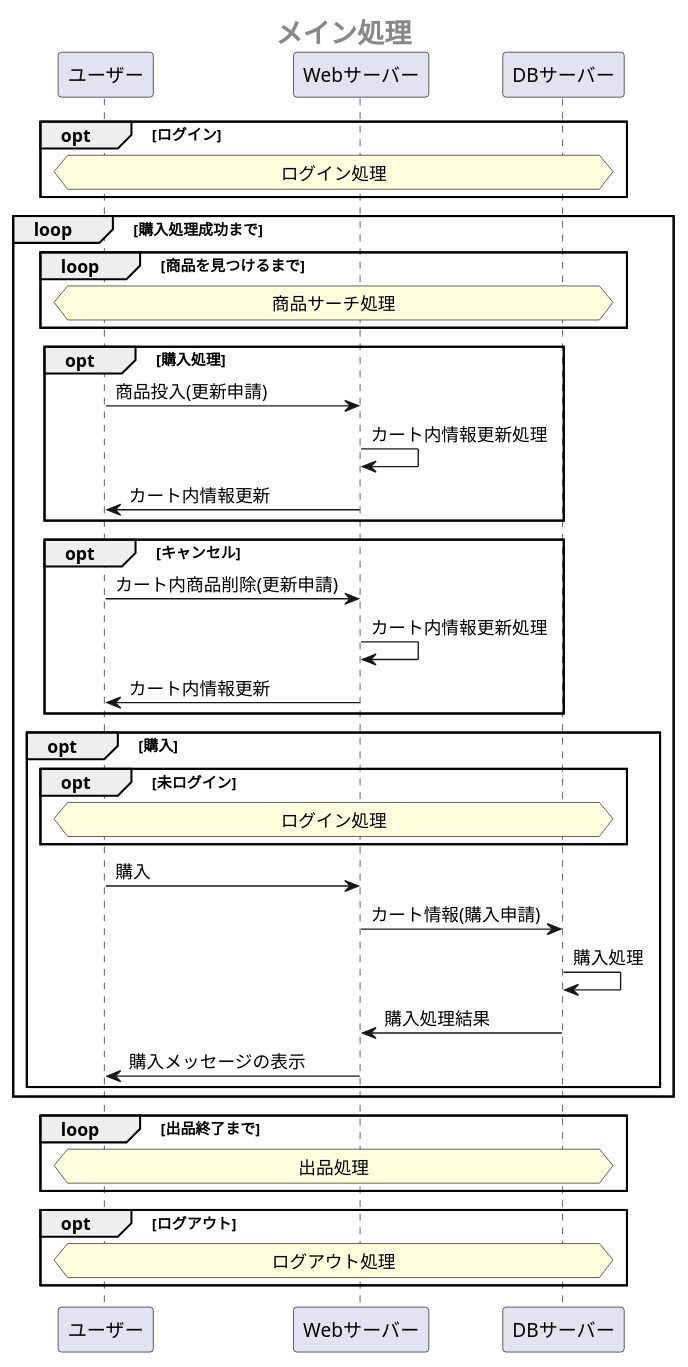
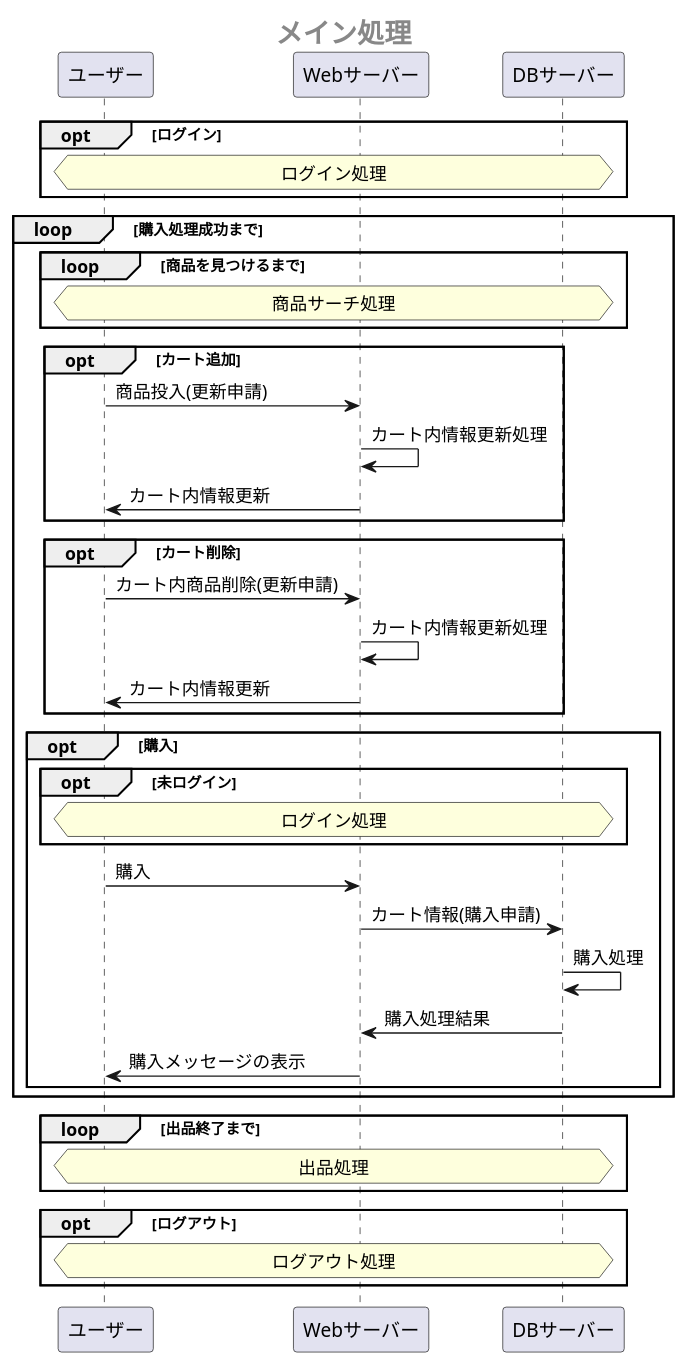
One commit to Aso2001147/system3 changed the first of 5 diagrams in 業務フロー図.md. Above: the diagram before and after it, drawn with PlantUML.

````diff
--- a/業務フロー図.md
+++ b/業務フロー図.md
@@ -1,46 +1,46 @@
 ```uml 
 @startuml 
  center header <size:20><b>メイン処理</b></size>
  
  opt ログイン
   hnote across: ログイン処理
  end
 
  loop 購入処理成功まで
   loop 商品を見つけるまで
    hnote across: 商品サーチ処理
   end
 
-  opt 購入処理
+  opt カート追加
    ユーザー -> Webサーバー:商品投入(更新申請)
    Webサーバー -> Webサーバー:カート内情報更新処理
    Webサーバー ->ユーザー:カート内情報更新
   end
-  opt キャンセル
+  opt カート削除
    ユーザー -> Webサーバー:カート内商品削除(更新申請)
    Webサーバー -> Webサーバー:カート内情報更新処理
    Webサーバー ->ユーザー:カート内情報更新
   end
 
   opt 購入
    opt 未ログイン
      hnote across: ログイン処理
    end
    ユーザー -> Webサーバー:購入
    Webサーバー -> DBサーバー:カート情報(購入申請)
    DBサーバー -> DBサーバー:購入処理
    DBサーバー -> Webサーバー:購入処理結果
    Webサーバー ->ユーザー:購入メッセージの表示
   end
 
  end
  
  loop 出品終了まで
   hnote across: 出品処理
  end
 
  opt ログアウト
   hnote across: ログアウト処理
  end
 @enduml
 ```
````
